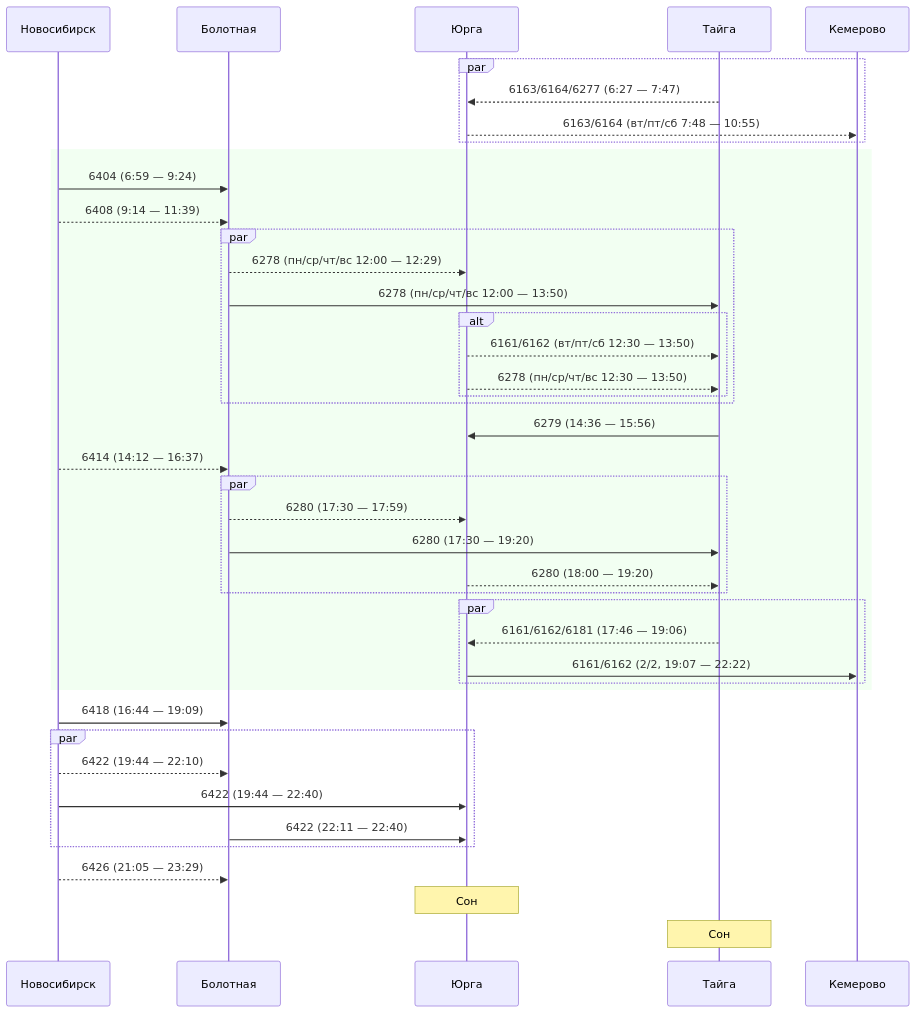
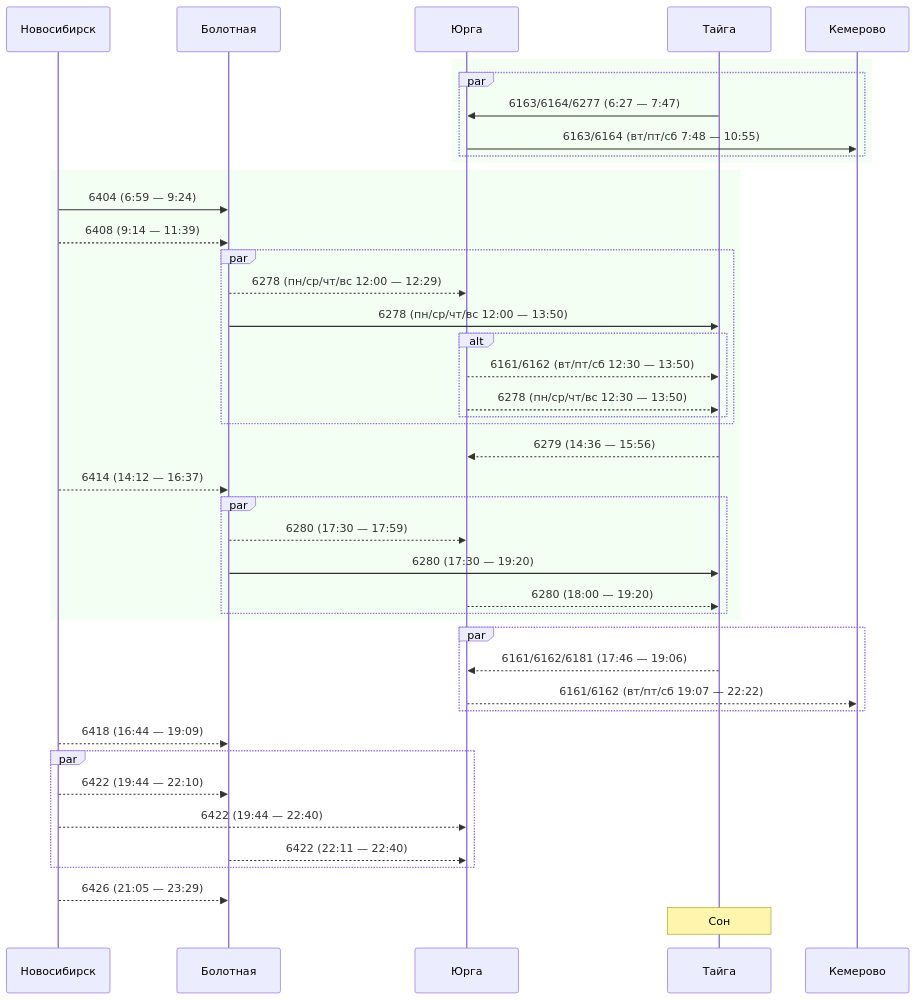
One commit to u0feff/Pezda changed the fourth of 11 diagrams in README.md. Above: the diagram before and after it, drawn with Mermaid. The commit also changed other lines of this file, not shown here.

````diff
--- a/README.md
+++ b/README.md
@@ -151,52 +158,53 @@
 ```mermaid
 sequenceDiagram
     participant Новосибирск
     participant Болотная
     participant Юрга
     participant Тайга
     participant Кемерово
 
+    rect rgba(0, 255, 0, 0.05)
     par
-    Тайга-->>Юрга: 6163/6164/6277 (6:27 — 7:47)
-    Юрга-->>Кемерово: 6163/6164 (вт/пт/сб 7:48 — 10:55)
+    Тайга->>Юрга: 6163/6164/6277 (6:27 — 7:47)
+    Юрга->>Кемерово: 6163/6164 (вт/пт/сб 7:48 — 10:55)
+    end
     end
 
     rect rgba(0, 255, 0, 0.05)
     Новосибирск->>Болотная: 6404 (6:59 — 9:24)
     Новосибирск-->>Болотная: 6408 (9:14 — 11:39)
     par
     Болотная-->>Юрга: 6278 (пн/ср/чт/вс 12:00 — 12:29)
     Болотная->>Тайга: 6278 (пн/ср/чт/вс 12:00 — 13:50)
     alt
     Юрга-->>Тайга: 6161/6162 (вт/пт/сб 12:30 — 13:50)
     Юрга-->>Тайга: 6278 (пн/ср/чт/вс 12:30 — 13:50)
     end
     end
 
-    Тайга->>Юрга: 6279 (14:36 — 15:56)
+    Тайга-->>Юрга: 6279 (14:36 — 15:56)
 
     Новосибирск-->>Болотная: 6414 (14:12 — 16:37)
     par
     Болотная-->>Юрга: 6280 (17:30 — 17:59)
     Болотная->>Тайга: 6280 (17:30 — 19:20)
     Юрга-->>Тайга: 6280 (18:00 — 19:20)
     end
+    end
     par
     Тайга-->>Юрга: 6161/6162/6181 (17:46 — 19:06)
-    Юрга->>Кемерово: 6161/6162 (2/2, 19:07 — 22:22)
-    end
+    Юрга-->>Кемерово: 6161/6162 (вт/пт/сб 19:07 — 22:22)
     end
 
-    Новосибирск->>Болотная: 6418 (16:44 — 19:09)
+    Новосибирск-->>Болотная: 6418 (16:44 — 19:09)
 
     par
     Новосибирск-->>Болотная: 6422 (19:44 — 22:10)
-    Новосибирск->>Юрга: 6422 (19:44 — 22:40)
-    Болотная->>Юрга: 6422 (22:11 — 22:40)
+    Новосибирск-->>Юрга: 6422 (19:44 — 22:40)
+    Болотная-->>Юрга: 6422 (22:11 — 22:40)
     end
 
     Новосибирск-->>Болотная: 6426 (21:05 — 23:29)
 
-    Note over Юрга: Сон
     Note over Тайга: Сон
 ```
````
